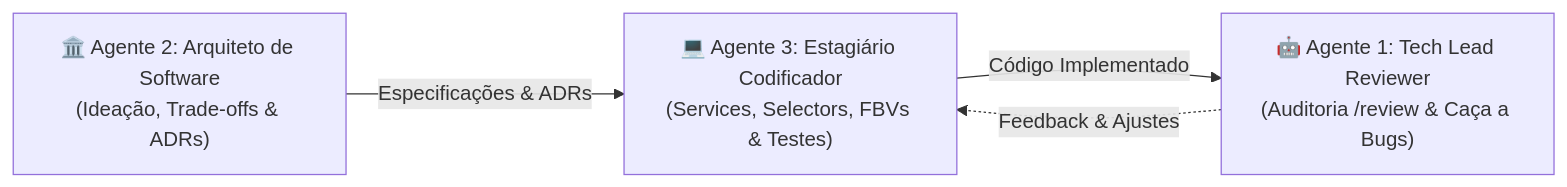
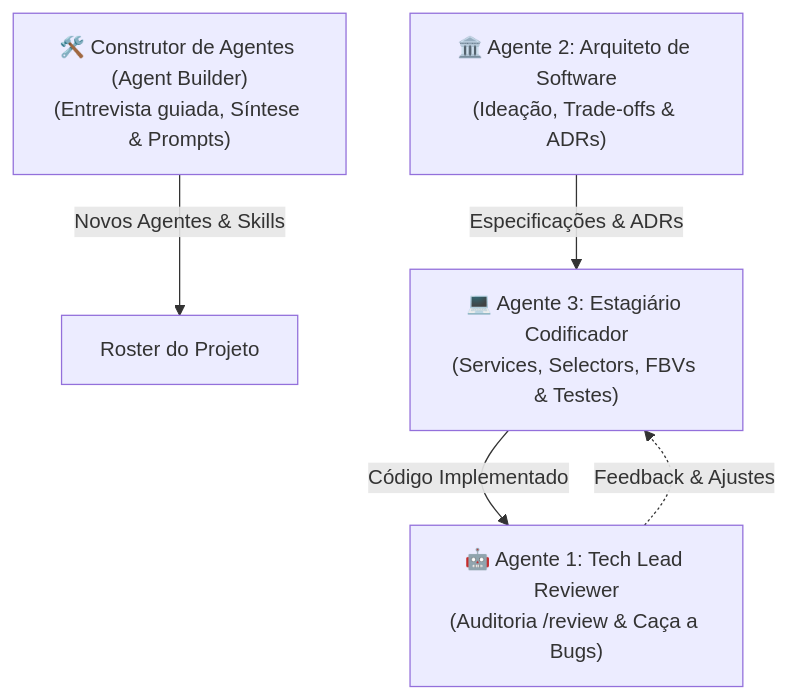
One commit to rseibtmodel/Django_tutorial changed the diagram in AGENTS.md. Above: the diagram before and after it, drawn with Mermaid. The commit also changed other lines of this file and 21 other files, not shown here.

Commit message:
feat: adiciona specs arquiteturais, skill agent_builder e correcoes no modulo exemplo01

````diff
--- a/AGENTS.md
+++ b/AGENTS.md
@@ -5,6 +5,7 @@
 ```mermaid
-flowchart LR
+flowchart TD
+    Builder["🛠️ Construtor de Agentes (Agent Builder)<br/>(Entrevista guiada, Síntese & Prompts)"] -->|Novos Agentes & Skills| Roster["Roster do Projeto"]
     Architect["🏛️ Agente 2: Arquiteto de Software<br/>(Ideação, Trade-offs & ADRs)"] -->|Especificações & ADRs| Coder["💻 Agente 3: Estagiário Codificador<br/>(Services, Selectors, FBVs & Testes)"]
     Coder -->|Código Implementado| Reviewer["🤖 Agente 1: Tech Lead Reviewer<br/>(Auditoria /review & Caça a Bugs)"]
     Reviewer -.->|Feedback & Ajustes| Coder
 ```
````
